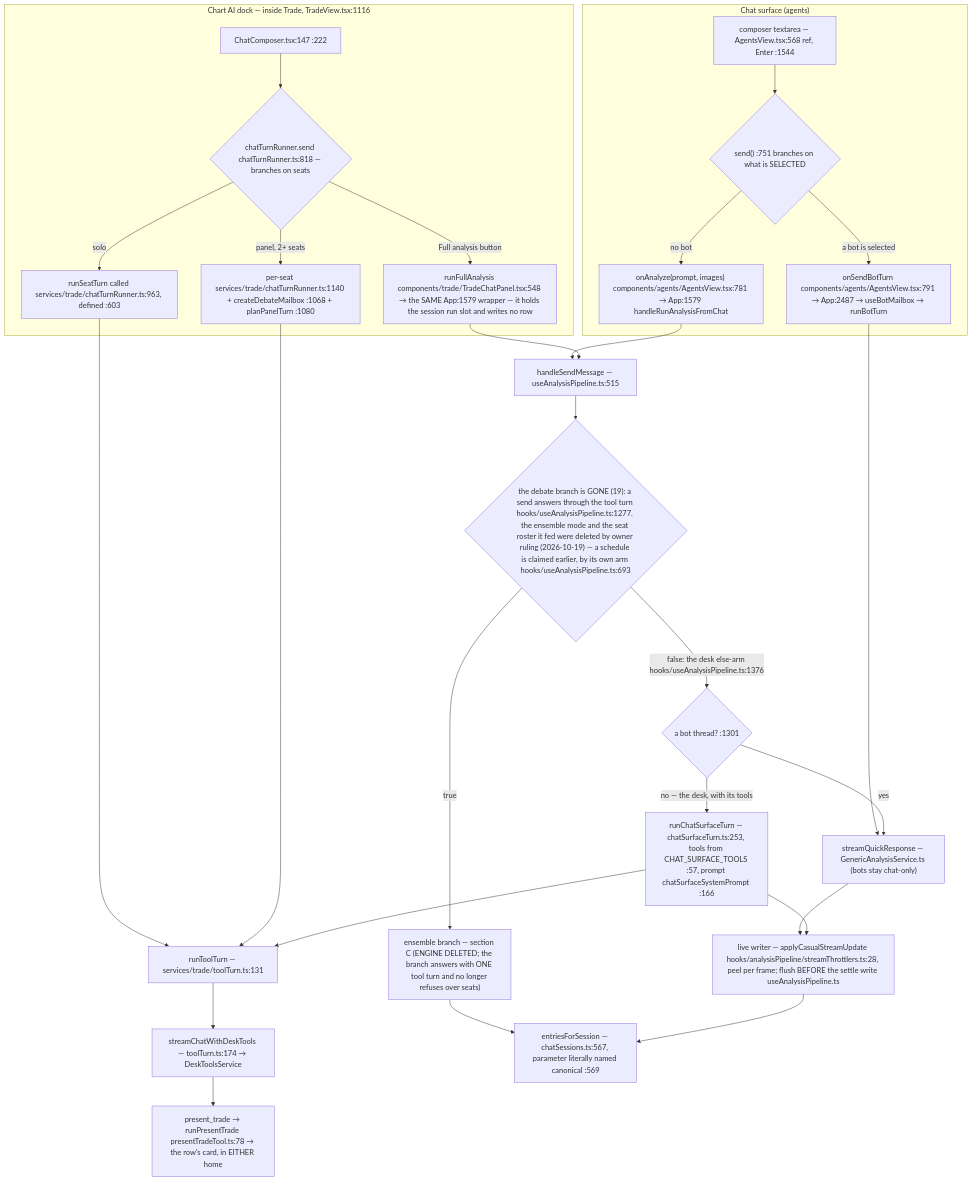
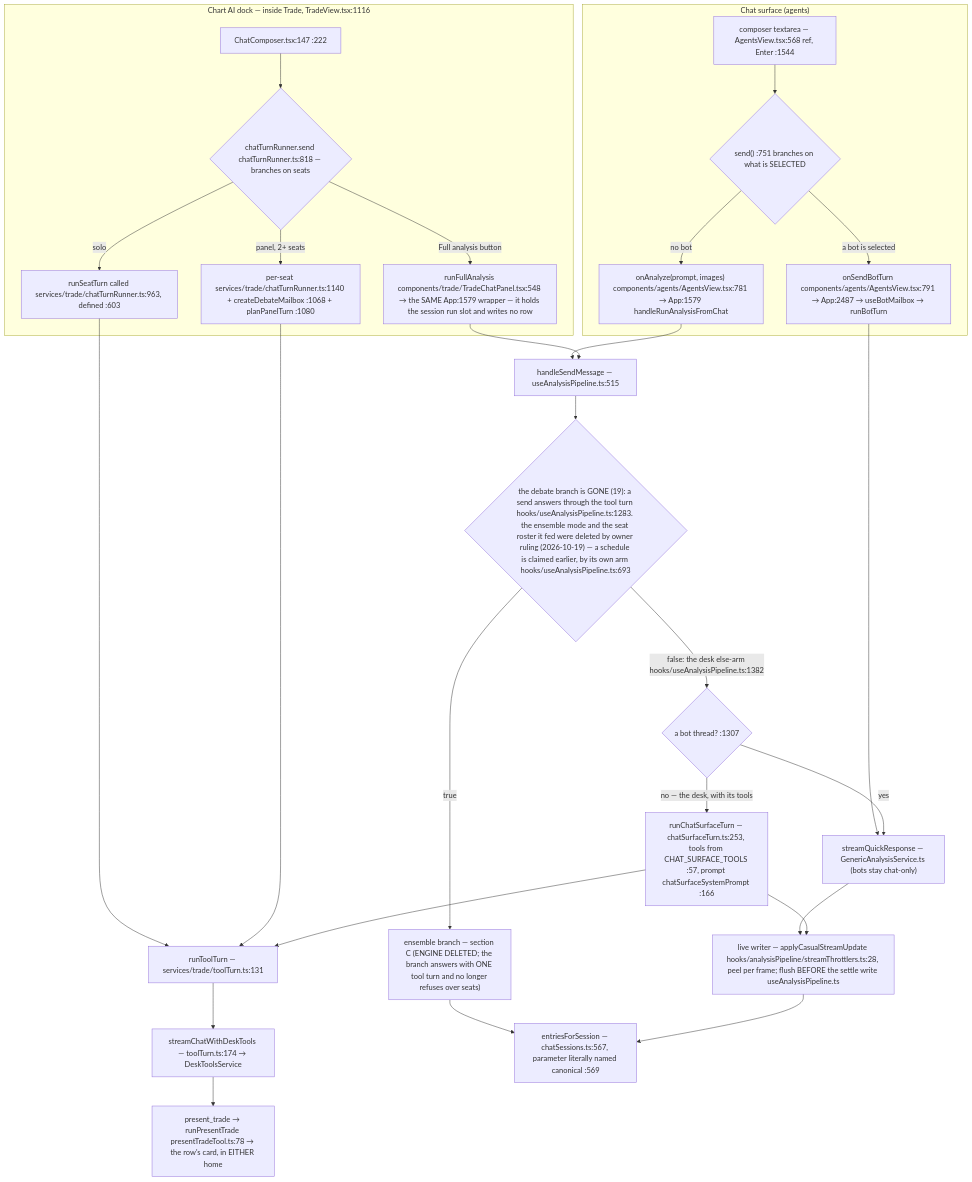
The second of 8 diagrams in docs/app-flow.md (Acepay25/august-3.5), drawn with Mermaid before and after one commit. The commit also changed other lines of this file and 12 other files, not shown here.

````diff
--- a/docs/app-flow.md
+++ b/docs/app-flow.md
@@ -72,31 +72,31 @@
 ```mermaid
 flowchart TD
     subgraph CHAT["Chat surface (agents)"]
         CB["composer textarea — AgentsView.tsx:568 ref, Enter :1544"] --> D1{"send() :751 branches on what is SELECTED"}
         D1 -->|a bot is selected| BOT["onSendBotTurn components/agents/AgentsView.tsx:791 → App:2487 → useBotMailbox → runBotTurn"]
         D1 -->|no bot| AN["onAnalyze(prompt, images) components/agents/AgentsView.tsx:781 → App:1579 handleRunAnalysisFromChat"]
     end
     subgraph DOCK["Chart AI dock — inside Trade, TradeView.tsx:1116"]
         DC["ChatComposer.tsx:147 :222"] --> D2{"chatTurnRunner.send chatTurnRunner.ts:818 — branches on seats"}
         D2 -->|solo| SO["runSeatTurn called services/trade/chatTurnRunner.ts:963, defined :603"]
         D2 -->|panel, 2+ seats| PN["per-seat services/trade/chatTurnRunner.ts:1140 + createDebateMailbox :1068 + planPanelTurn :1080"]
         D2 -->|Full analysis button| FA["runFullAnalysis components/trade/TradeChatPanel.tsx:548 → the SAME App:1579 wrapper — it holds the session run slot and writes no row"]
     end
     SO --> TT["runToolTurn — services/trade/toolTurn.ts:131"]
     PN --> TT
     TT --> SCDT["streamChatWithDeskTools — toolTurn.ts:174 → DeskToolsService"]
     BOT --> TR["streamQuickResponse — GenericAnalysisService.ts (bots stay chat-only)"]
     AN --> HSM["handleSendMessage — useAnalysisPipeline.ts:515"]
     FA --> HSM
-    HSM --> D3{"the debate branch is GONE (19): a send answers through the tool turn hooks/useAnalysisPipeline.ts:1277. the ensemble mode and the seat roster it fed were deleted by owner ruling (2026-10-19) — a schedule is claimed earlier, by its own arm hooks/useAnalysisPipeline.ts:693"}
+    HSM --> D3{"the debate branch is GONE (19): a send answers through the tool turn hooks/useAnalysisPipeline.ts:1283. the ensemble mode and the seat roster it fed were deleted by owner ruling (2026-10-19) — a schedule is claimed earlier, by its own arm hooks/useAnalysisPipeline.ts:693"}
     D3 -->|true| ENS["ensemble branch — section C (ENGINE DELETED; the branch answers with ONE tool turn and no longer refuses over seats)"]
-    D3 -->|false: the desk else-arm hooks/useAnalysisPipeline.ts:1376| SPLIT{"a bot thread? :1301"}
+    D3 -->|false: the desk else-arm hooks/useAnalysisPipeline.ts:1382| SPLIT{"a bot thread? :1307"}
     SPLIT -->|yes| TR
     SPLIT -->|no — the desk, with its tools| CST["runChatSurfaceTurn — chatSurfaceTurn.ts:253, tools from CHAT_SURFACE_TOOLS :57, prompt chatSurfaceSystemPrompt :166"]
     CST --> TT
     TR --> LW["live writer — applyCasualStreamUpdate hooks/analysisPipeline/streamThrottlers.ts:28, peel per frame; flush BEFORE the settle write useAnalysisPipeline.ts"]
     CST --> LW
     ENS --> MERGE
     LW --> MERGE["entriesForSession — chatSessions.ts:567, parameter literally named canonical :569"]
     SCDT --> PT["present_trade → runPresentTrade presentTradeTool.ts:78 → the row's card, in EITHER home"]
 ```
````
